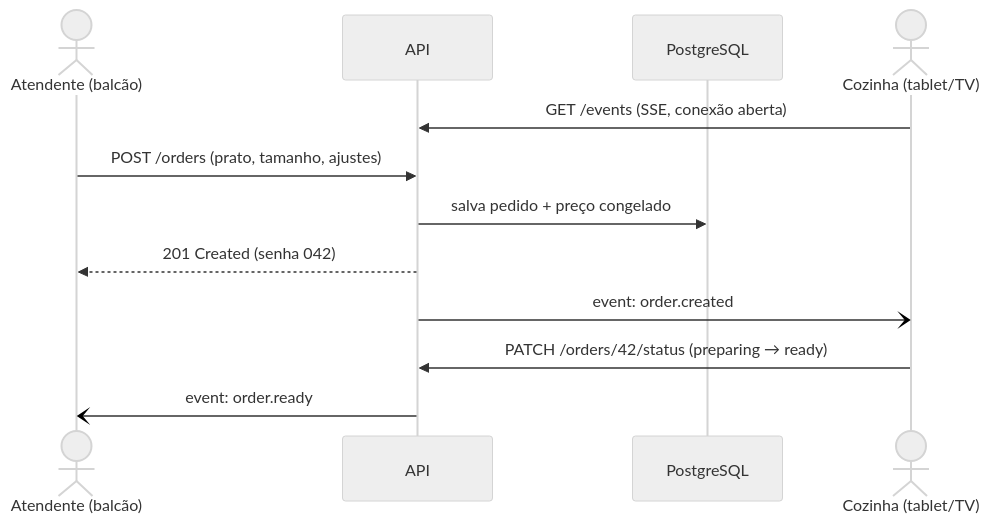
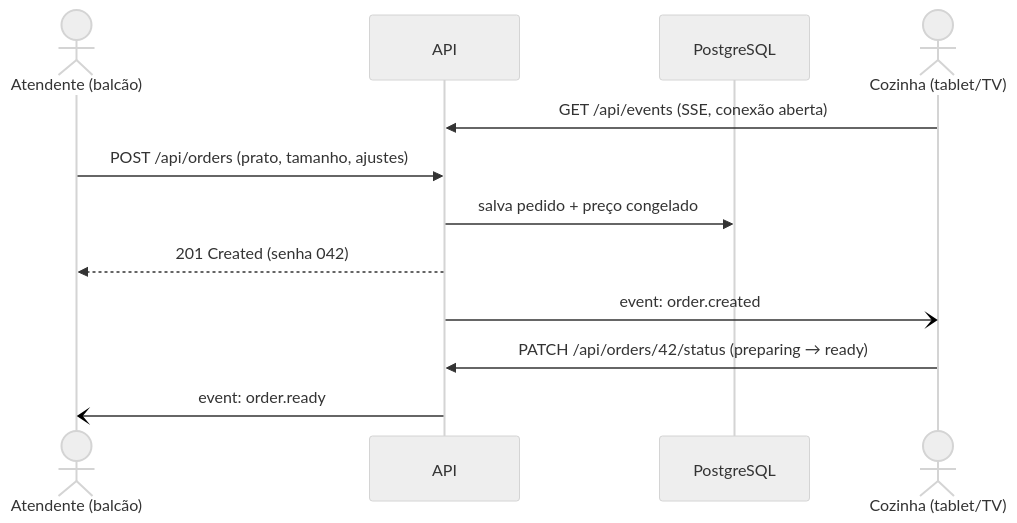
The first of 2 diagrams in README.md (diegocoelho-svg/marmitaria-os), drawn with Mermaid (neutral theme) before and after one commit. The commit also changed other lines of this file, not shown here.

Commit message:
docs(readme): document docker usage and /api routes

````diff
--- a/README.md
+++ b/README.md
@@ -84,15 +84,15 @@
 ```mermaid
 sequenceDiagram
     actor A as Atendente (balcão)
     participant API
     participant DB as PostgreSQL
     actor C as Cozinha (tablet/TV)
 
-    C->>API: GET /events (SSE, conexão aberta)
-    A->>API: POST /orders (prato, tamanho, ajustes)
+    C->>API: GET /api/events (SSE, conexão aberta)
+    A->>API: POST /api/orders (prato, tamanho, ajustes)
     API->>DB: salva pedido + preço congelado
     API-->>A: 201 Created (senha 042)
     API-)C: event: order.created
-    C->>API: PATCH /orders/42/status (preparing → ready)
+    C->>API: PATCH /api/orders/42/status (preparing → ready)
     API-)A: event: order.ready
 ```
````
